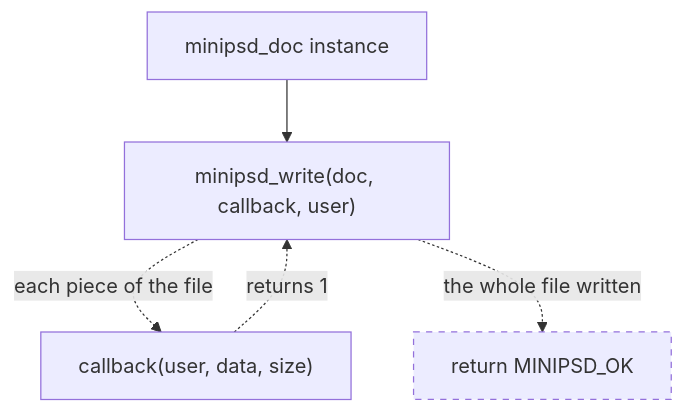
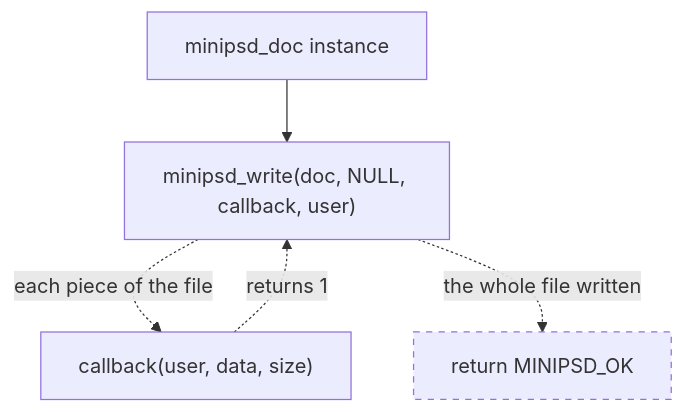
The first of 5 diagrams in docs/MANUAL.md (ShadobaDev/minipsd), drawn with Mermaid before and after one commit. The commit also changed other lines of this file and 25 other files, not shown here.

````diff
--- a/docs/MANUAL.md
+++ b/docs/MANUAL.md
@@ -147,9 +147,9 @@
 ```mermaid
 flowchart TD
-    doc["minipsd_doc instance"] --> write["minipsd_write(doc, callback, user)"]
+    doc["minipsd_doc instance"] --> write["minipsd_write(doc, NULL, callback, user)"]
     write -. "each piece of the file" .-> cb["callback(user, data, size)"]
     cb -. "returns 1" .-> write
     write -. "the whole file written" .-> ok["return MINIPSD_OK"]
     classDef minipsd stroke-dasharray: 5 5
     class ok minipsd
 ```
````
